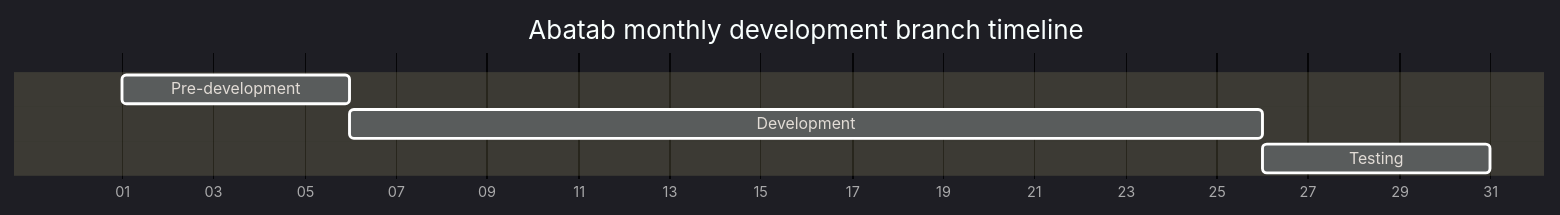
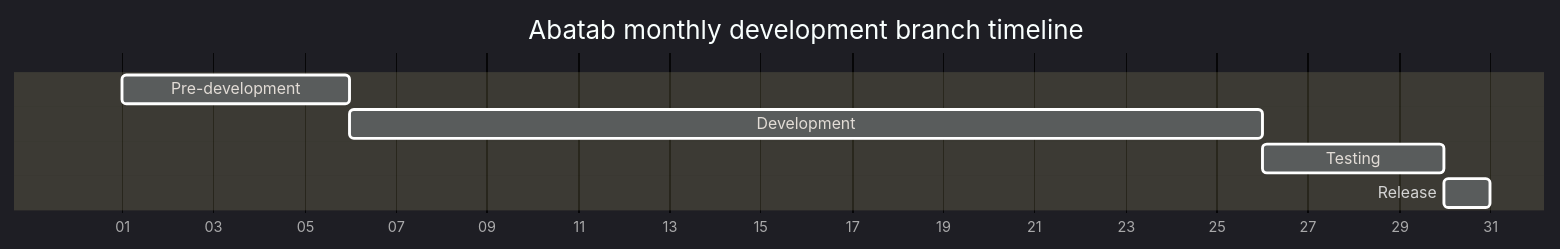
One commit to spectrum-health-systems/Abatab changed the first of 3 diagrams in README_development.md. Above: the diagram before and after it, drawn with Mermaid.

````diff
--- a/README_development.md
+++ b/README_development.md
@@ -72,10 +72,11 @@
 ```mermaid
 %%{init: {'theme':'dark'}}%%
 gantt
   title Abatab monthly development branch timeline
   dateFormat X
   axisFormat %d
   Pre-development : 0, 5d
   Development : 20d
-  Testing : 5d
+  Testing : 4d
+  Release : 1d
 ```
````
